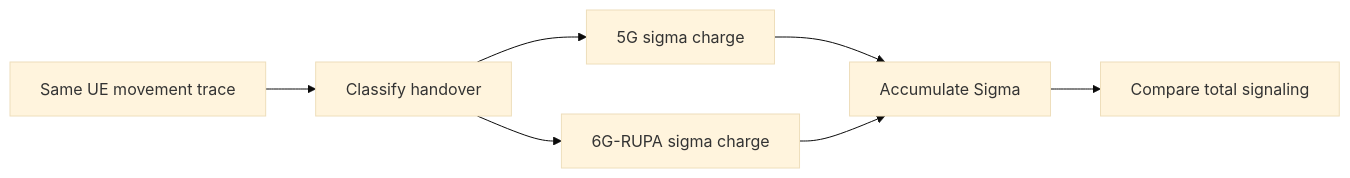
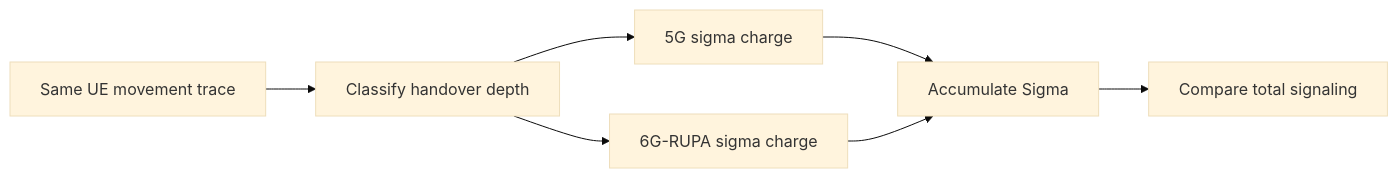
One commit to Fundacio-i2CAT/PLMN-GraphSim changed the diagram in docs/scenarios/mobility/analysis.md. Above: the diagram before and after it, drawn with Mermaid (base theme). The commit also changed other lines of this file, not shown here.

````diff
--- a/docs/scenarios/mobility/analysis.md
+++ b/docs/scenarios/mobility/analysis.md
@@ -11,9 +11,9 @@
 ```mermaid
 flowchart LR
-    H[Same UE movement trace] --> C[Classify handover]
+    H[Same UE movement trace] --> C[Classify handover depth]
     C --> F5[5G sigma charge]
     C --> R[6G-RUPA sigma charge]
     F5 --> S[Accumulate Sigma]
     R --> S
     S --> A[Compare total signaling]
 ```
````
